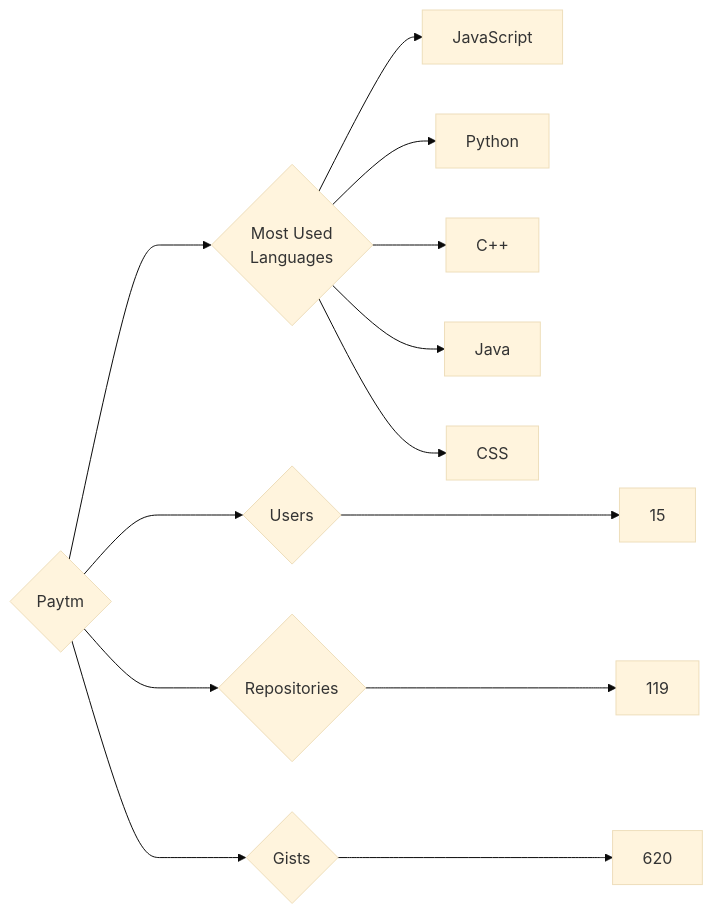
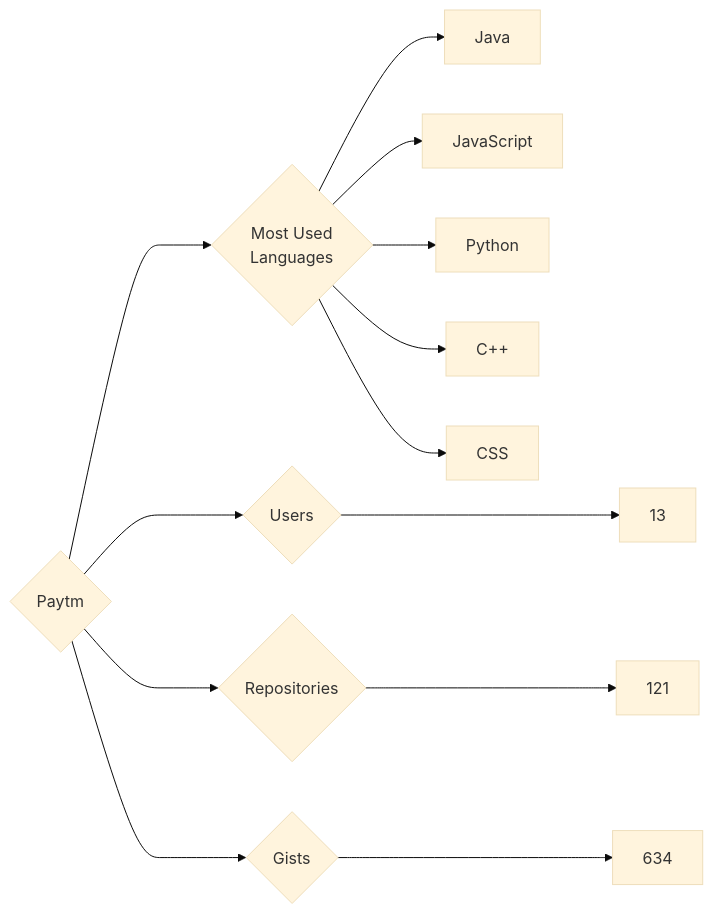
Before and after one commit to trickest/insiders: the diagram in targets/Paytm/README.md, drawn with Mermaid (base theme). The commit also changed 1389 other files, not shown here.

````diff
--- a/targets/Paytm/README.md
+++ b/targets/Paytm/README.md
@@ -3,13 +3,13 @@
 ```mermaid
 graph LR
 COMPANY_NAME{Paytm}
-COMPANY_NAME ---> U{Users} ---> UN[15]
-COMPANY_NAME ---> R{Repositories} ---> RN[119]
-COMPANY_NAME ---> G{Gists} ---> GN[620]
+COMPANY_NAME ---> U{Users} ---> UN[13]
+COMPANY_NAME ---> R{Repositories} ---> RN[121]
+COMPANY_NAME ---> G{Gists} ---> GN[634]
 COMPANY_NAME ---> ML{Most Used<br>Languages}
+ML --> Java[Java]
 ML --> JavaScript[JavaScript]
 ML --> Python[Python]
 ML --> C++[C++]
-ML --> Java[Java]
 ML --> CSS[CSS]
 ```
````
